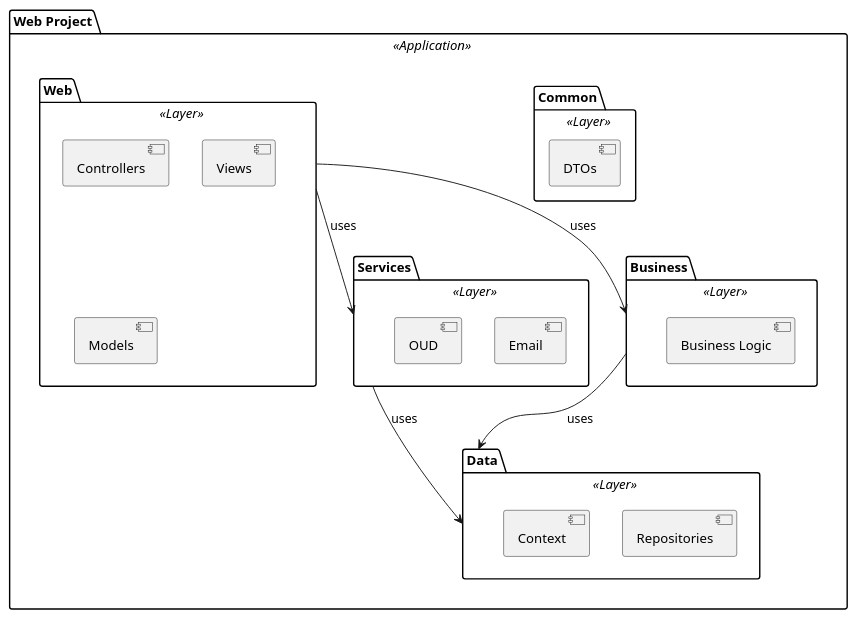
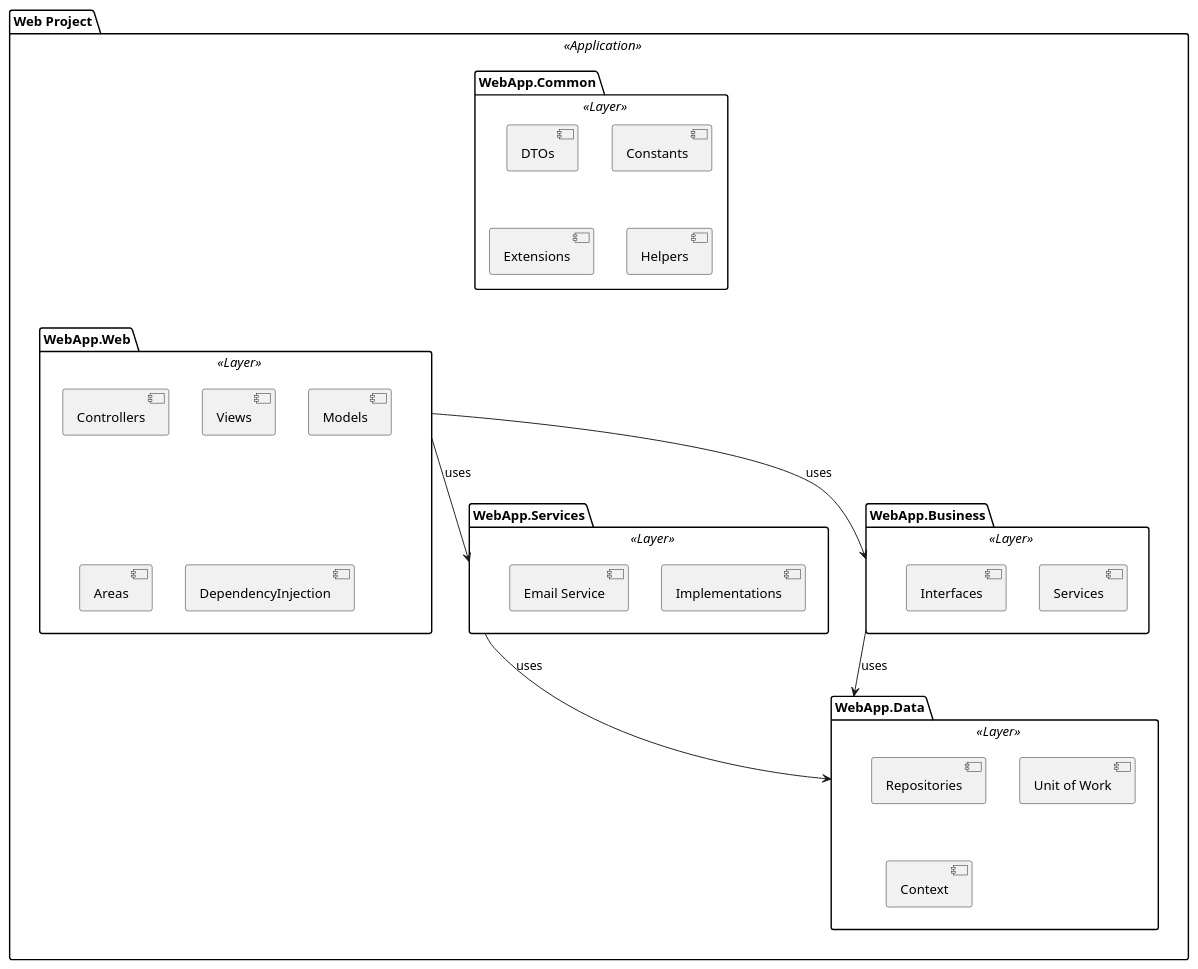
The diagram in docs/architecture.puml (jaardila-3/NetCoreBaseStructure), drawn with PlantUML before and after one commit. The commit also changed 7 other files, not shown here.

Commit message:
enhance README and architecture documentation; add environment variable management details and update project structure overview

```diff
--- a/docs/architecture.puml
+++ b/docs/architecture.puml
@@ -1,42 +1,51 @@
 @startuml architecture
 
 ' Defined packages
 package "Web Project" <<Application>> {    
-    [Common]
-    [Data]
-    [Services]
-    [Business]
-    [Web]
+    [WebApp.Common]
+    [WebApp.Data]
+    [WebApp.Services]
+    [WebApp.Business]
+    [WebApp.Web]
 }
 
-package "Web" <<Layer>> {
+package "WebApp.Web" <<Layer>> {
     [Controllers]
     [Views]
     [Models]
+    [Areas]
+    [DependencyInjection]
 }
 
-package "Business" <<Layer>> {
-    [Business Logic]
+package "WebApp.Business" <<Layer>> {
+    [Services]
+    [Interfaces]
 }
 
-package "Data" <<Layer>> {
-    [Repositories]    
+package "WebApp.Data" <<Layer>> {
+    [Repositories]  
+    [Unit of Work]  
     [Context]
 }
 
-package "Common" <<Layer>> {
+package "WebApp.Common" <<Layer>> {
     [DTOs]
+    [Constants]
+    [Extensions]
+    [Helpers]
+    [Models]
 }
 
-package "Services" <<Layer>> {
-    [Email]
-    [OUD]
+package "WebApp.Services" <<Layer>> {
+    [Interfaces]
+    [Implementations]
+    [Email Service]
 }
 
 ' Dependency between packages
-Web --> Business : uses
-Web --> Services : uses
-Business --> Data : uses
-Services --> Data : uses
+WebApp.Web --> WebApp.Business : uses
+WebApp.Web --> WebApp.Services : uses
+WebApp.Business --> WebApp.Data : uses
+WebApp.Services --> WebApp.Data : uses
 
 @enduml
```
